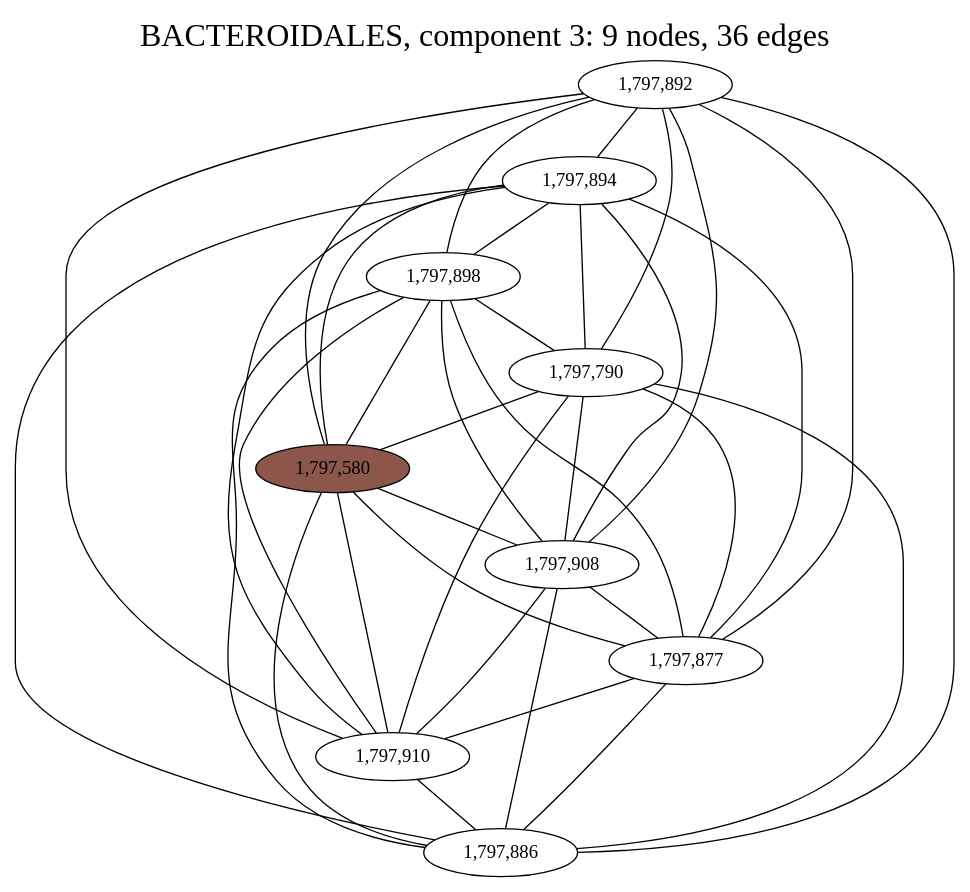
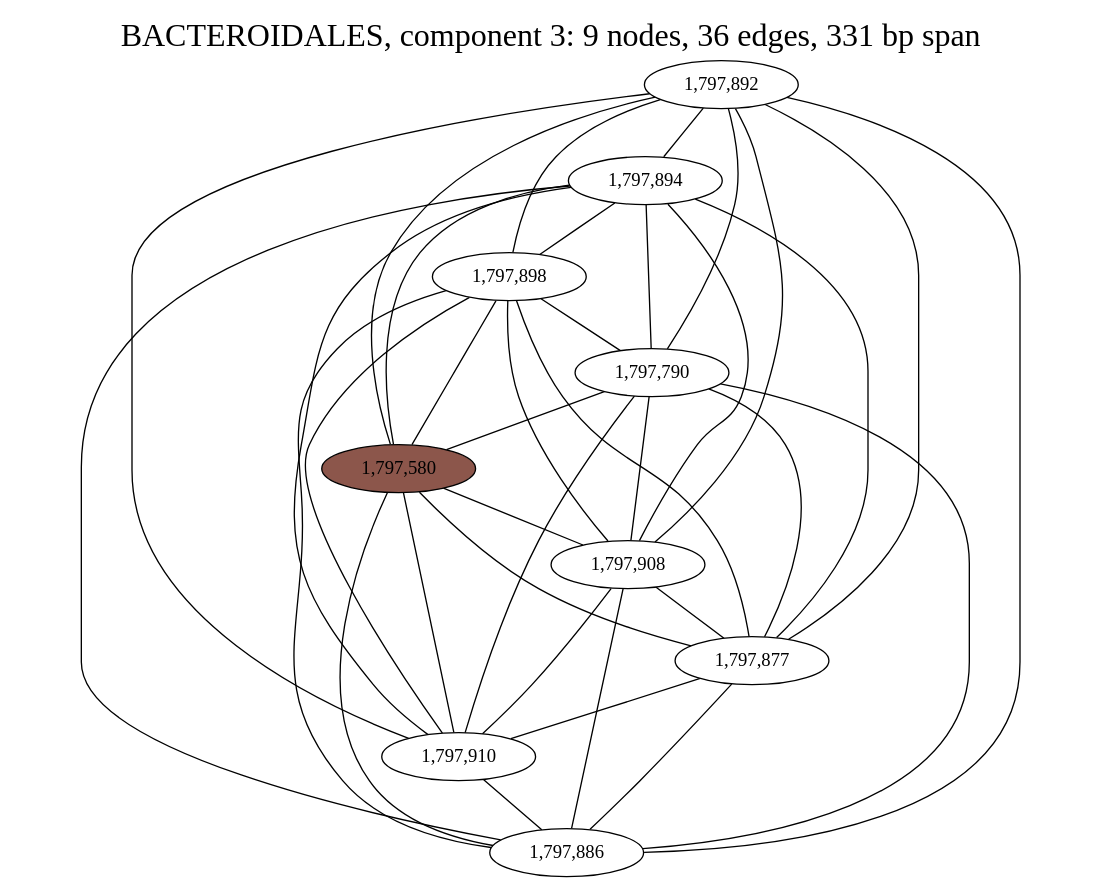
Before and after one commit to fedarko/sheepgut: the diagram in notebooks/graphs/BACTEROIDALES_cc3.gv, drawn with Graphviz. The commit also changed 33 other files, not shown here.

```diff
--- a/notebooks/graphs/BACTEROIDALES_cc3.gv
+++ b/notebooks/graphs/BACTEROIDALES_cc3.gv
@@ -1,52 +1,52 @@
 graph BACTEROIDALES_cc3 {
 	overlap="prism50";
 	outputorder="edgesfirst";
-	label="BACTEROIDALES, component 3: 9 nodes, 36 edges";
+	label="BACTEROIDALES, component 3: 9 nodes, 36 edges, 331 bp span";
 	labelloc="t";
 	fontsize=24;
 	"1,797,892" [style="filled", fillcolor="#ffffff", fontcolor="#000000"];
 	"1,797,894" [style="filled", fillcolor="#ffffff", fontcolor="#000000"];
 	"1,797,898" [style="filled", fillcolor="#ffffff", fontcolor="#000000"];
 	"1,797,790" [style="filled", fillcolor="#ffffff", fontcolor="#000000"];
 	"1,797,580" [style="filled", fillcolor="#8c564b", fontcolor="#000000"];
 	"1,797,908" [style="filled", fillcolor="#ffffff", fontcolor="#000000"];
 	"1,797,877" [style="filled", fillcolor="#ffffff", fontcolor="#000000"];
 	"1,797,910" [style="filled", fillcolor="#ffffff", fontcolor="#000000"];
 	"1,797,886" [style="filled", fillcolor="#ffffff", fontcolor="#000000"];
 	"1,797,892" -- "1,797,580";
 	"1,797,892" -- "1,797,790";
 	"1,797,892" -- "1,797,877";
 	"1,797,892" -- "1,797,886";
 	"1,797,892" -- "1,797,894";
 	"1,797,892" -- "1,797,898";
 	"1,797,892" -- "1,797,908";
 	"1,797,892" -- "1,797,910";
 	"1,797,894" -- "1,797,580";
 	"1,797,894" -- "1,797,790";
 	"1,797,894" -- "1,797,877";
 	"1,797,894" -- "1,797,886";
 	"1,797,894" -- "1,797,898";
 	"1,797,894" -- "1,797,908";
 	"1,797,894" -- "1,797,910";
 	"1,797,898" -- "1,797,580";
 	"1,797,898" -- "1,797,790";
 	"1,797,898" -- "1,797,877";
 	"1,797,898" -- "1,797,886";
 	"1,797,898" -- "1,797,908";
 	"1,797,898" -- "1,797,910";
 	"1,797,790" -- "1,797,580";
 	"1,797,790" -- "1,797,877";
 	"1,797,790" -- "1,797,886";
 	"1,797,790" -- "1,797,908";
 	"1,797,790" -- "1,797,910";
 	"1,797,580" -- "1,797,877";
 	"1,797,580" -- "1,797,886";
 	"1,797,580" -- "1,797,908";
 	"1,797,580" -- "1,797,910";
 	"1,797,908" -- "1,797,877";
 	"1,797,908" -- "1,797,886";
 	"1,797,908" -- "1,797,910";
 	"1,797,877" -- "1,797,886";
 	"1,797,877" -- "1,797,910";
 	"1,797,910" -- "1,797,886";
 }
```
